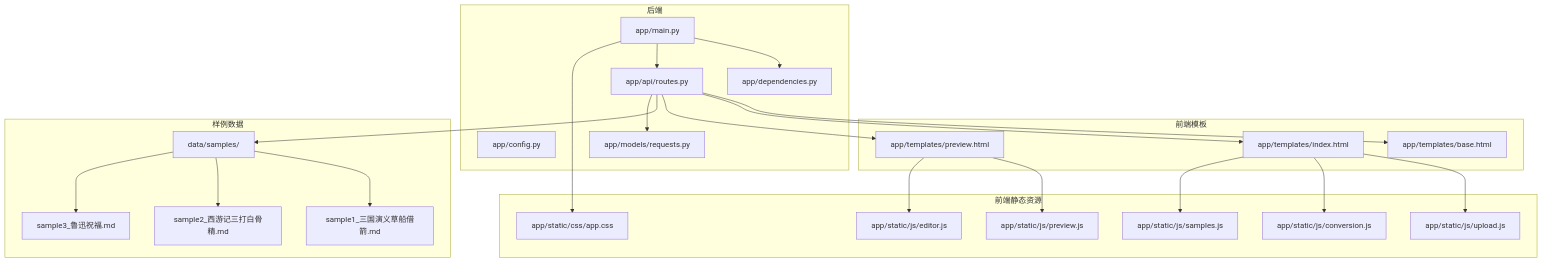
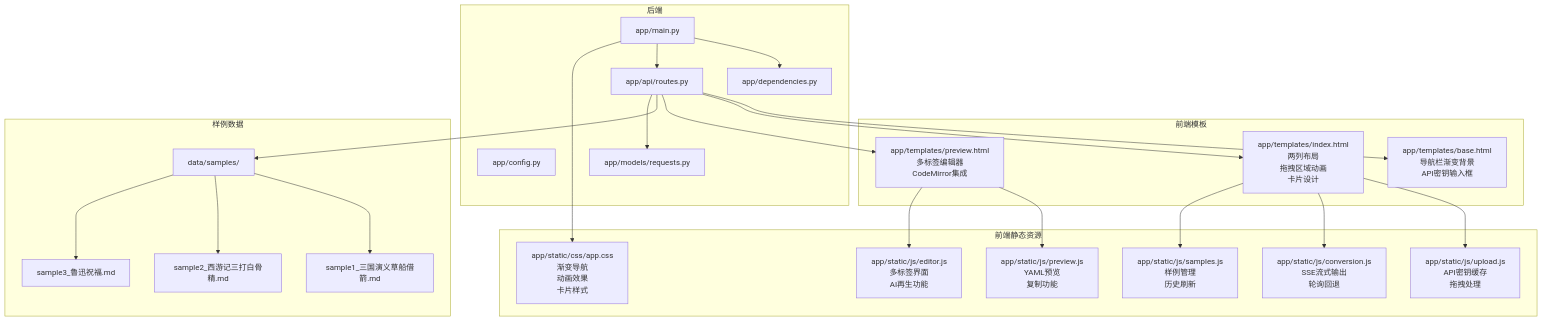
The first of 10 diagrams in .qoder/repowiki/zh/content/前端界面/前端界面.md (tjujingzong/Novel-to-Screenplay), drawn with Mermaid before and after one commit. The commit also changed other lines of this file and 6 other files, not shown here.

````diff
--- a/.qoder/repowiki/zh/content/前端界面/前端界面.md
+++ b/.qoder/repowiki/zh/content/前端界面/前端界面.md
@@ -51,45 +55,45 @@
 ```mermaid
 graph TB
 subgraph "前端模板"
-T1["app/templates/base.html"]
-T2["app/templates/index.html"]
-T3["app/templates/preview.html"]
+T1["app/templates/base.html<br/>导航栏渐变背景<br/>API密钥输入框"]
+T2["app/templates/index.html<br/>两列布局<br/>拖拽区域动画<br/>卡片设计"]
+T3["app/templates/preview.html<br/>多标签编辑器<br/>CodeMirror集成"]
 end
 subgraph "前端静态资源"
-S1["app/static/css/app.css"]
-S2["app/static/js/upload.js"]
-S3["app/static/js/conversion.js"]
-S4["app/static/js/preview.js"]
-S5["app/static/js/samples.js"]
-S6["app/static/js/editor.js"]
+S1["app/static/css/app.css<br/>渐变导航<br/>动画效果<br/>卡片样式"]
+S2["app/static/js/upload.js<br/>API密钥缓存<br/>拖拽处理"]
+S3["app/static/js/conversion.js<br/>SSE流式输出<br/>轮询回退"]
+S4["app/static/js/preview.js<br/>YAML预览<br/>复制功能"]
+S5["app/static/js/samples.js<br/>样例管理<br/>历史刷新"]
+S6["app/static/js/editor.js<br/>多标签界面<br/>AI再生功能"]
 end
 subgraph "后端"
 M["app/main.py"]
 R["app/api/routes.py"]
 C["app/config.py"]
 D["app/dependencies.py"]
 E["app/models/requests.py"]
 end
 subgraph "样例数据"
 SD["data/samples/"]
 SD1["sample1_三国演义草船借箭.md"]
 SD2["sample2_西游记三打白骨精.md"]
 SD3["sample3_鲁迅祝福.md"]
 end
 T2 --> S2
 T2 --> S3
 T2 --> S5
 T3 --> S4
 T3 --> S6
 M --> D
 M --> R
 R --> T1
 R --> T2
 R --> T3
 M --> S1
 R --> SD
 R --> E
 SD --> SD1
 SD --> SD2
 SD --> SD3
 ```
````
